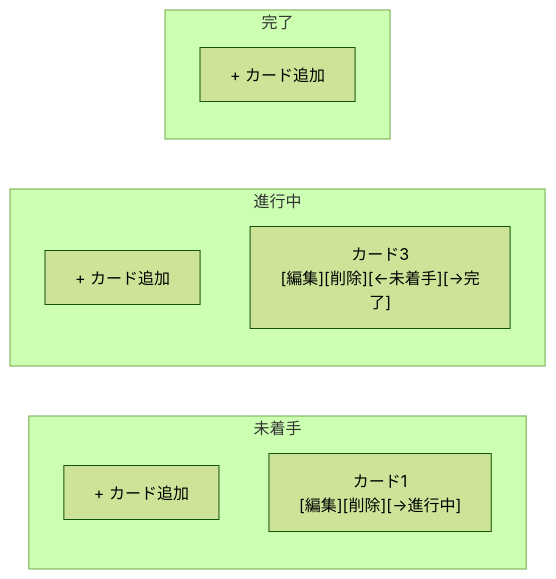
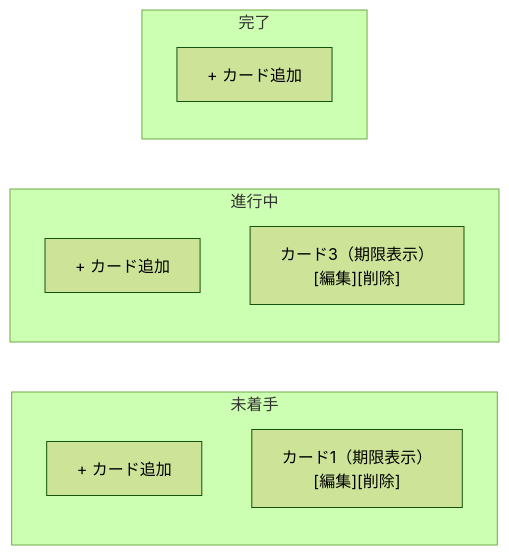
Before and after one commit to shoindex/AIproject: the first of 2 diagrams in trello-clone/docs/screen-design.md, drawn with Mermaid (forest theme). The commit also changed other lines of this file and 6 other files, not shown here.

````diff
--- a/trello-clone/docs/screen-design.md
+++ b/trello-clone/docs/screen-design.md
@@ -9,17 +9,17 @@
 ```mermaid
 flowchart LR
     subgraph 未着手
         direction TB
         A1["+ カード追加"]
-        C1["カード1<br/>[編集][削除][→進行中]"]
+        C1["カード1（期限表示）<br/>[編集][削除]"]
     end
     subgraph 進行中
         direction TB
         A2["+ カード追加"]
-        C3["カード3<br/>[編集][削除][←未着手][→完了]"]
+        C3["カード3（期限表示）<br/>[編集][削除]"]
     end
     subgraph 完了
         direction TB
         A3["+ カード追加"]
     end
 ```
````
